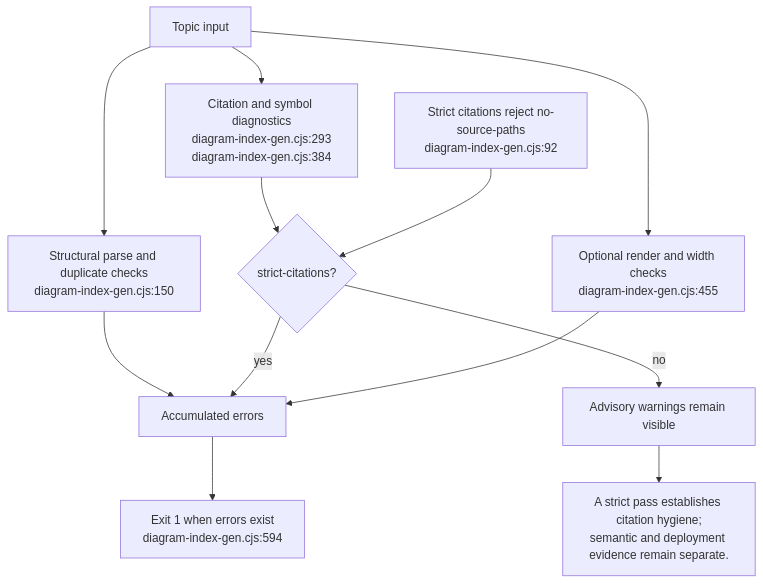
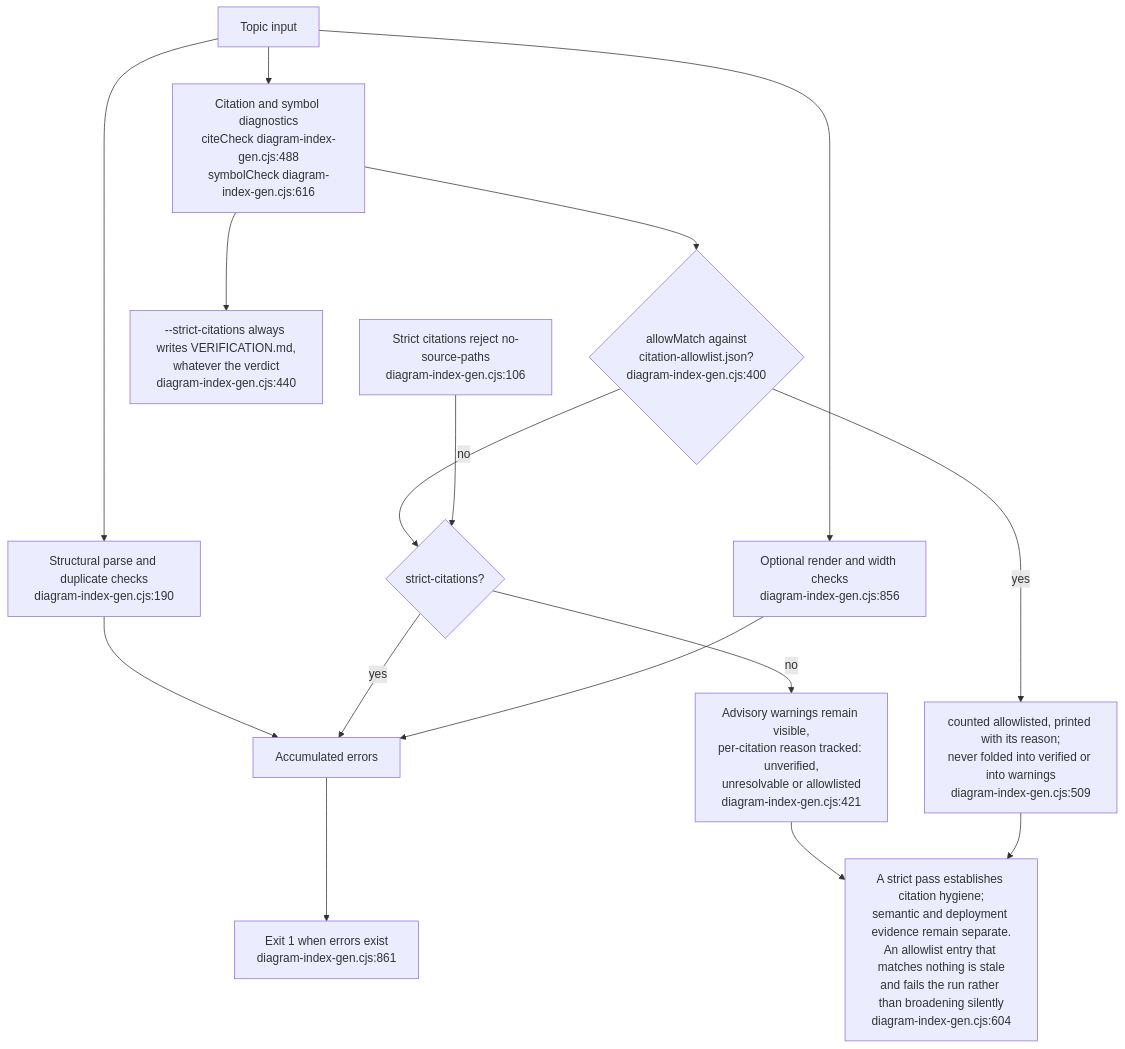
The ninth of 14 diagrams in docs/diagrams/visionflow/06-diagram-tooling.md (DreamLab-AI/VisionFlow), drawn with Mermaid before and after one commit. The commit also changed other lines of this file and 136 other files, not shown here.

First line of the commit message:
docs(diagrams): refresh the whole corpus to code HEAD and prune low-value diagrams

````diff
--- a/docs/diagrams/visionflow/06-diagram-tooling.md
+++ b/docs/diagrams/visionflow/06-diagram-tooling.md
@@ -303,15 +308,19 @@
 ```mermaid
 flowchart TB
-    I["Topic input"] --> P["Structural parse and duplicate checks<br/>diagram-index-gen.cjs:150"]
+    I["Topic input"] --> P["Structural parse and duplicate checks<br/>diagram-index-gen.cjs:190"]
     P --> ERR["Accumulated errors"]
-    I --> C["Citation and symbol diagnostics<br/>diagram-index-gen.cjs:293<br/>diagram-index-gen.cjs:384"]
-    C --> STRICT{"strict-citations?"}
+    I --> C["Citation and symbol diagnostics<br/>citeCheck diagram-index-gen.cjs:488<br/>symbolCheck diagram-index-gen.cjs:616"]
+    C --> WAIVE{"allowMatch against<br/>citation-allowlist.json?<br/>diagram-index-gen.cjs:400"}
+    WAIVE -->|yes| NOTE["counted allowlisted, printed with its reason;<br/>never folded into verified or into warnings<br/>diagram-index-gen.cjs:509"]
+    WAIVE -->|no| STRICT{"strict-citations?"}
     STRICT -->|yes| ERR
-    STRICT -->|no| WARN["Advisory warnings remain visible"]
-    I --> R["Optional render and width checks<br/>diagram-index-gen.cjs:455"]
+    STRICT -->|no| WARN["Advisory warnings remain visible,<br/>per-citation reason tracked: unverified,<br/>unresolvable or allowlisted<br/>diagram-index-gen.cjs:421"]
+    C --> VER["--strict-citations always writes VERIFICATION.md,<br/>whatever the verdict<br/>diagram-index-gen.cjs:440"]
+    I --> R["Optional render and width checks<br/>diagram-index-gen.cjs:856"]
     R --> ERR
-    ERR --> FAIL["Exit 1 when errors exist<br/>diagram-index-gen.cjs:594"]
-    MODE["Strict citations reject no-source-paths<br/>diagram-index-gen.cjs:92"] --> STRICT
-    LIMIT["A strict pass establishes citation hygiene;<br/>semantic and deployment evidence remain separate."]
+    ERR --> FAIL["Exit 1 when errors exist<br/>diagram-index-gen.cjs:861"]
+    MODE["Strict citations reject no-source-paths<br/>diagram-index-gen.cjs:106"] --> STRICT
+    LIMIT["A strict pass establishes citation hygiene;<br/>semantic and deployment evidence remain separate.<br/>An allowlist entry that matches nothing is stale<br/>and fails the run rather than broadening silently<br/>diagram-index-gen.cjs:604"]
     WARN --> LIMIT
+    NOTE --> LIMIT
 ```
````
